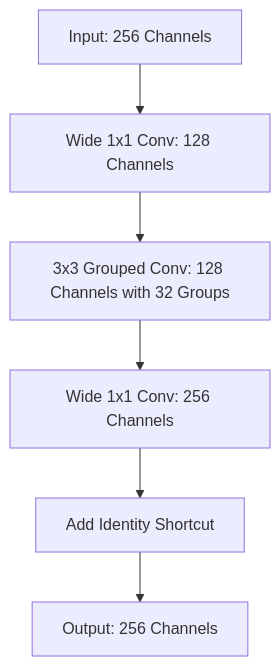
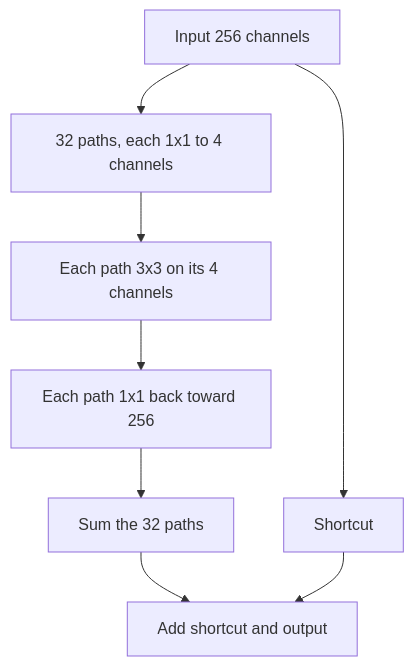
The diagram in content/papers/aggregated-residual-transformations-for-deep-neural-networks.md (Tarunsai08/PaperStack), drawn with Mermaid before and after one commit. The commit also changed other lines of this file and 10 other files, not shown here.

````diff
--- a/content/papers/aggregated-residual-transformations-for-deep-neural-networks.md
+++ b/content/papers/aggregated-residual-transformations-for-deep-neural-networks.md
@@ -178,8 +81,10 @@
 ```mermaid
 flowchart TD
-    In[Input: 256 Channels] --> Conv1[Wide 1x1 Conv: 128 Channels]
-    Conv1 --> GConv[3x3 Grouped Conv: 128 Channels with 32 Groups]
-    GConv --> Conv2[Wide 1x1 Conv: 256 Channels]
-    Conv2 --> Sum[Add Identity Shortcut]
-    Sum --> Out[Output: 256 Channels]
+  A[Input 256 channels] --> B[32 paths, each 1x1 to 4 channels]
+  B --> C[Each path 3x3 on its 4 channels]
+  C --> D[Each path 1x1 back toward 256]
+  D --> E[Sum the 32 paths]
+  A --> F[Shortcut]
+  E --> G[Add shortcut and output]
+  F --> G
 ```
````
